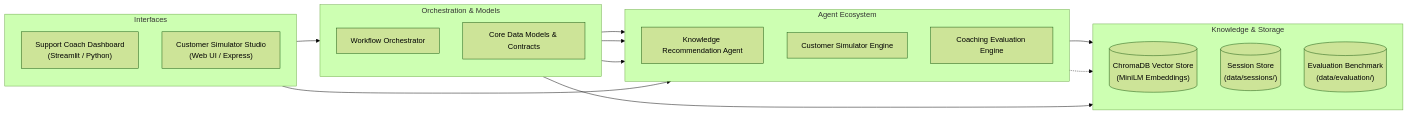
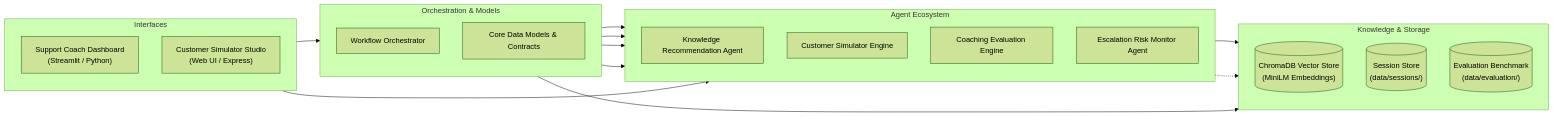
Before and after one commit to spoortibiradar8/customer-support-coach: the diagram in README.md, drawn with Mermaid (forest theme). The commit also changed other lines of this file and 17 other files, not shown here.

Commit message:
Add escalation risk monitor and updated codebase

````diff
--- a/README.md
+++ b/README.md
@@ -24,37 +24,39 @@
 ```mermaid
 flowchart LR
     subgraph UI["Interfaces"]
         direction TB
         Streamlit["Support Coach Dashboard\n(Streamlit / Python)"]
         Simulator["Customer Simulator Studio\n(Web UI / Express)"]
     end
 
     subgraph Core["Orchestration & Models"]
         direction TB
         Orch["Workflow Orchestrator"]
         Models["Core Data Models & Contracts"]
     end
 
     subgraph Agents["Agent Ecosystem"]
         direction TB
         KA["Knowledge Recommendation Agent"]
         CS["Customer Simulator Engine"]
         CE["Coaching Evaluation Engine"]
+        ERM["Escalation Risk Monitor Agent"]
     end
 
     subgraph Storage["Knowledge & Storage"]
         direction TB
         Chroma[("ChromaDB Vector Store\n(MiniLM Embeddings)")]
         Sessions[("Session Store\n(data/sessions/)")]
         EvalData[("Evaluation Benchmark\n(data/evaluation/)")]
     end
 
     Streamlit --> Orch
     Simulator --> CS
     Orch --> KA
     Orch --> CS
     Orch --> CE
+    Orch --> ERM
     KA --> Chroma
     KA -.-> EvalData
     Orch --> Sessions
 ```
````
